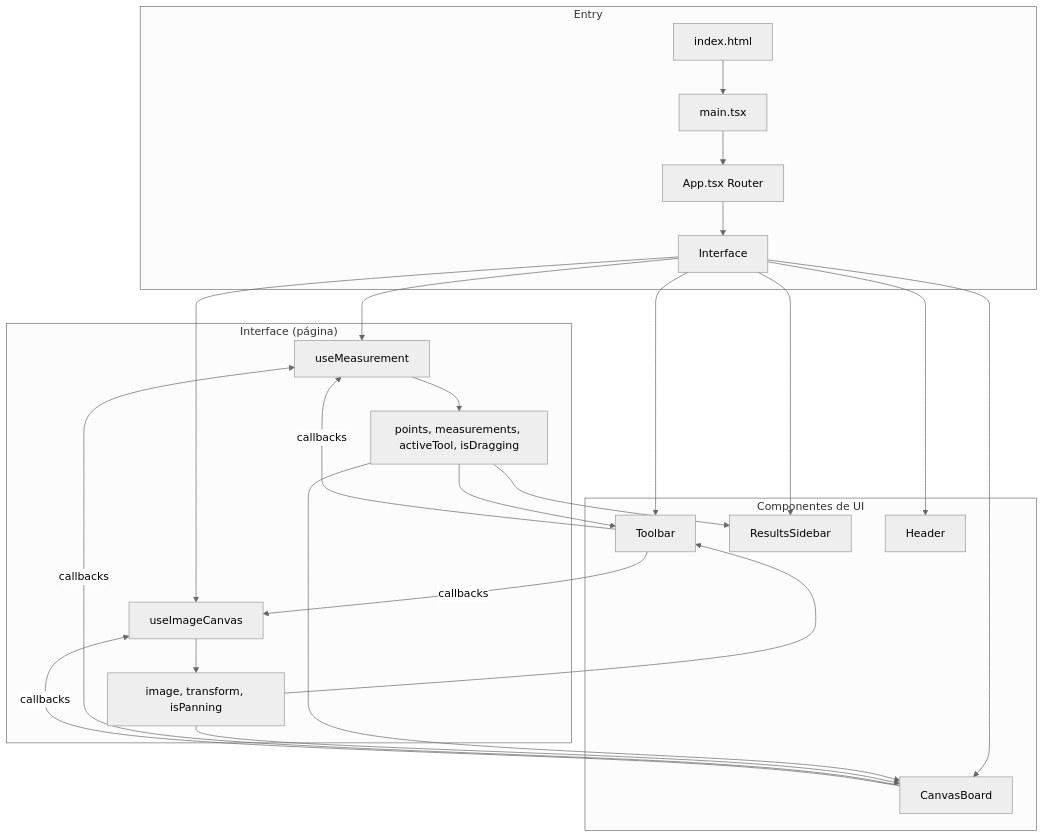
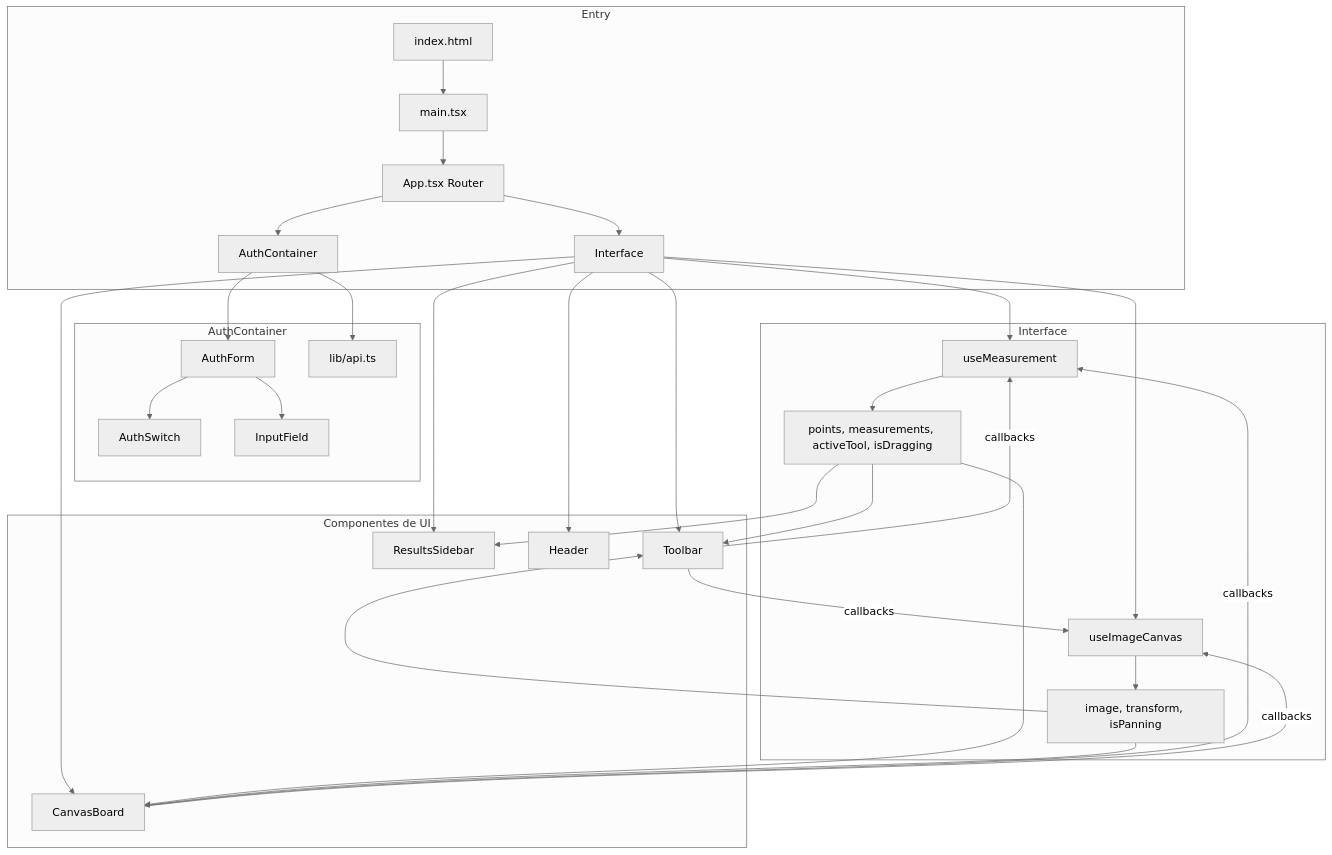
One commit to limaraujo/OrtoMetric changed the first of 8 diagrams in docs/ARQUITETURA-E-FLUXO.md. Above: the diagram before and after it, drawn with Mermaid (neutral theme). The commit also changed other lines of this file and 32 other files, not shown here.

````diff
--- a/docs/ARQUITETURA-E-FLUXO.md
+++ b/docs/ARQUITETURA-E-FLUXO.md
@@ -45,38 +26,46 @@
 ```mermaid
 flowchart TB
     subgraph Entry
         A[index.html] --> B[main.tsx]
         B --> C[App.tsx Router]
-        C --> D[Interface]
+        C --> D1[AuthContainer]
+        C --> D2[Interface]
     end
 
-    subgraph Page["Interface (página)"]
-        D --> H1[useMeasurement]
-        D --> H2[useImageCanvas]
+    subgraph AuthPage["AuthContainer"]
+        D1 --> AF[AuthForm]
+        AF --> AS[AuthSwitch]
+        AF --> IF[InputField]
+        D1 --> API[lib/api.ts]
+    end
+
+    subgraph MeasurePage["Interface"]
+        D2 --> H1[useMeasurement]
+        D2 --> H2[useImageCanvas]
         H1 --> state1[points, measurements, activeTool, isDragging]
         H2 --> state2[image, transform, isPanning]
     end
 
     subgraph UI["Componentes de UI"]
         T[Toolbar]
         CB[CanvasBoard]
         RS[ResultsSidebar]
         HD[Header]
     end
 
-    D --> HD
-    D --> T
-    D --> CB
-    D --> RS
+    D2 --> HD
+    D2 --> T
+    D2 --> CB
+    D2 --> RS
 
     state1 --> T
     state1 --> CB
     state1 --> RS
     state2 --> T
     state2 --> CB
 
     T -->|callbacks| H1
     T -->|callbacks| H2
     CB -->|callbacks| H1
     CB -->|callbacks| H2
 ```
````
